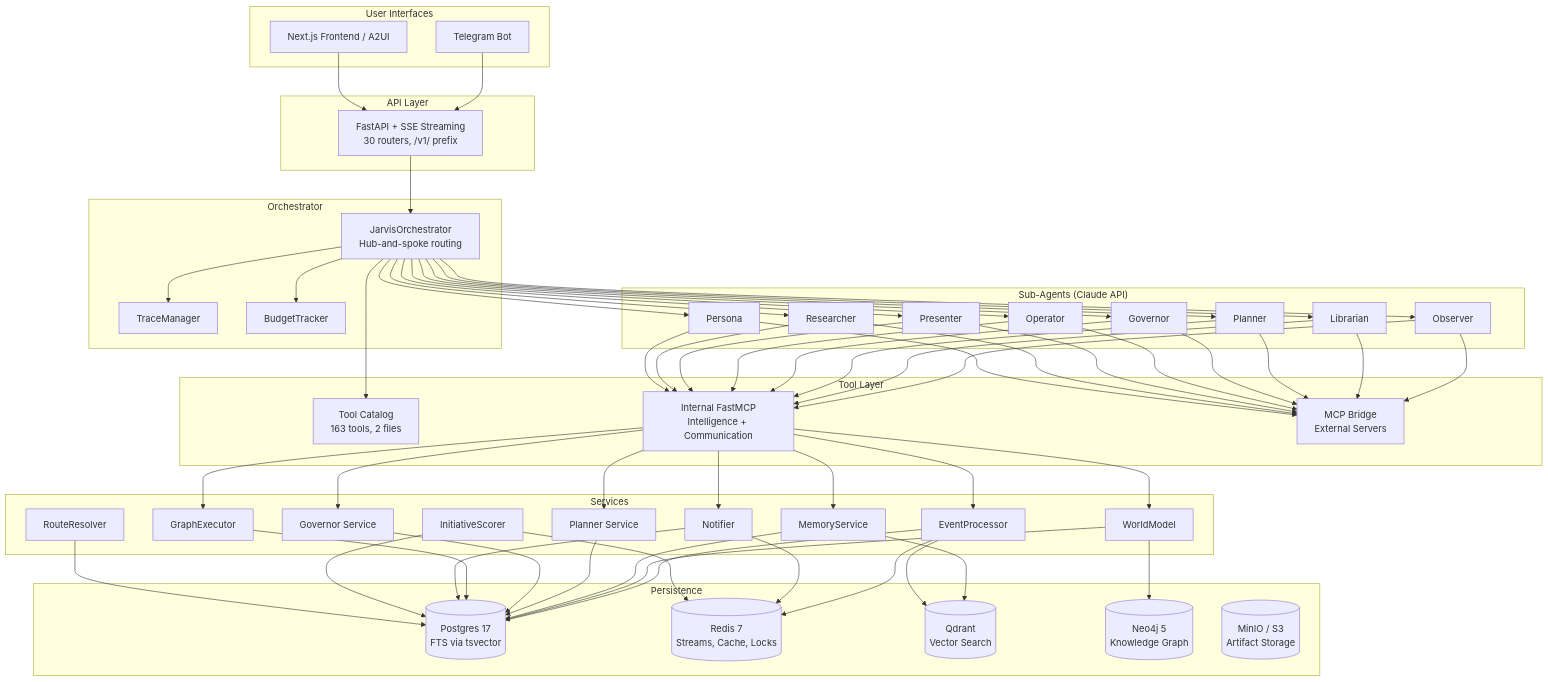
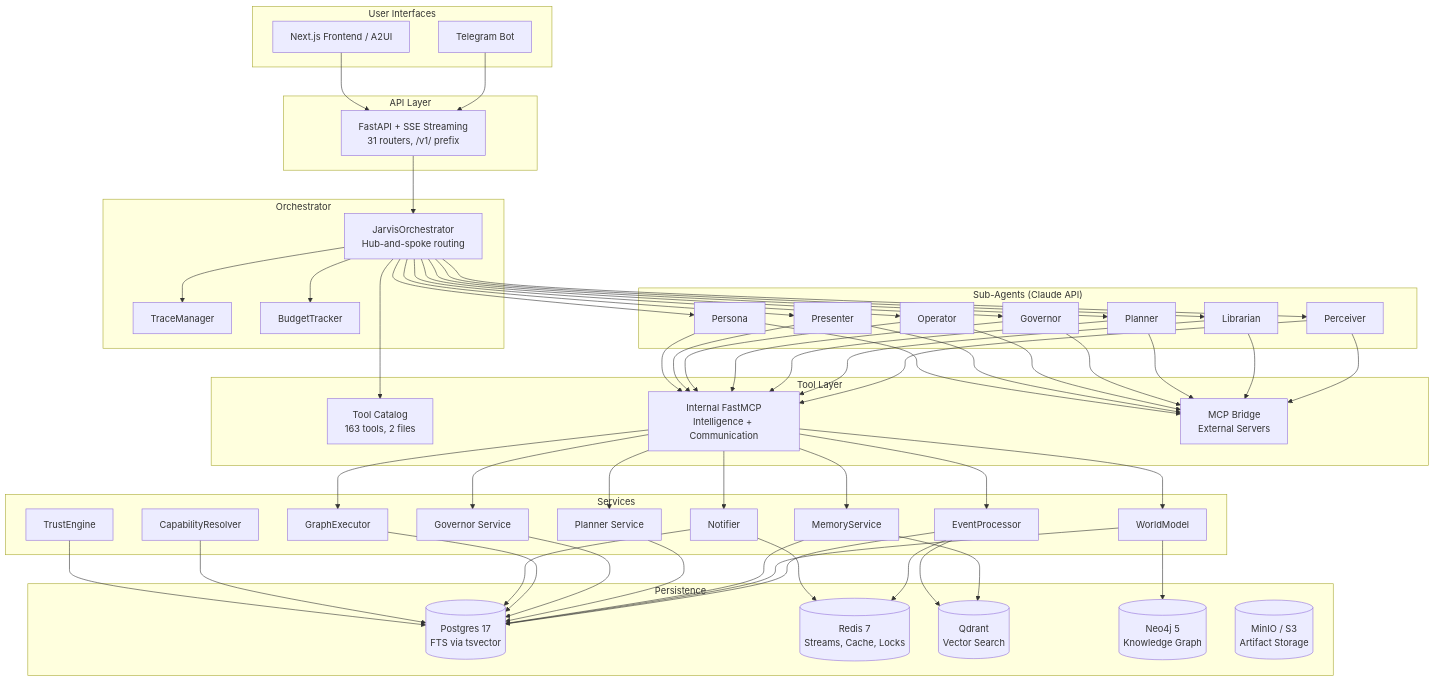
Before and after one commit to shivadharmi/muldro: the first of 2 diagrams in docs/architecture/overview.md, drawn with Mermaid. The commit also changed other lines of this file and 11 other files, not shown here.

First line of the commit message:
docs: update all architecture docs and README for post-15-spec redesign

````diff
--- a/docs/architecture/overview.md
+++ b/docs/architecture/overview.md
@@ -15,69 +15,68 @@
 ```mermaid
 graph TB
     subgraph "User Interfaces"
         TG[Telegram Bot]
         WEB[Next.js Frontend / A2UI]
     end
 
     subgraph "API Layer"
-        API[FastAPI + SSE Streaming<br/>30 routers, /v1/ prefix]
+        API[FastAPI + SSE Streaming<br/>31 routers, /v1/ prefix]
     end
 
     subgraph "Orchestrator"
         ORCH[JarvisOrchestrator<br/>Hub-and-spoke routing]
         TRACE[TraceManager]
         BUDGET[BudgetTracker]
     end
 
     subgraph "Sub-Agents (Claude API)"
-        OBS[Observer]
+        PCV[Perceiver]
         LIB[Librarian]
         PLN[Planner]
         GOV[Governor]
         OPR[Operator]
         PRS[Presenter]
-        RES[Researcher]
         PER[Persona]
     end
 
     subgraph "Tool Layer"
         CAT[Tool Catalog<br/>163 tools, 2 files]
         INT[Internal FastMCP<br/>Intelligence + Communication]
         MCP[MCP Bridge<br/>External Servers]
     end
 
     subgraph "Services"
         EP[EventProcessor]
         WM[WorldModel]
         MS[MemoryService]
         PL[Planner Service]
         GV[Governor Service]
         GE[GraphExecutor]
         NT[Notifier]
-        IS[InitiativeScorer]
-        RR[RouteResolver]
+        CR[CapabilityResolver]
+        TE[TrustEngine]
     end
 
     subgraph "Persistence"
         PG[(Postgres 17<br/>FTS via tsvector)]
         RD[(Redis 7<br/>Streams, Cache, Locks)]
         QD[(Qdrant<br/>Vector Search)]
         N4J[(Neo4j 5<br/>Knowledge Graph)]
         S3[(MinIO / S3<br/>Artifact Storage)]
     end
 
     TG --> API
     WEB --> API
     API --> ORCH
-    ORCH --> OBS & LIB & PLN & GOV & OPR & PRS & RES & PER
+    ORCH --> PCV & LIB & PLN & GOV & OPR & PRS & PER
     ORCH --> TRACE & BUDGET
-    OBS & LIB & PLN & GOV & OPR & PRS & RES & PER --> INT
-    OBS & LIB & PLN & GOV & OPR & PRS & RES & PER --> MCP
+    PCV & LIB & PLN & GOV & OPR & PRS & PER --> INT
+    PCV & LIB & PLN & GOV & OPR & PRS & PER --> MCP
     INT --> EP & WM & MS & PL & GV & GE & NT
     ORCH --> CAT
-    EP & WM & MS & PL & GV & GE & NT & IS & RR --> PG
-    EP & NT & IS --> RD
+    EP & WM & MS & PL & GV & GE & NT & CR & TE --> PG
+    EP & NT --> RD
     WM --> N4J
     MS --> QD
     EP --> QD
 ```
````
